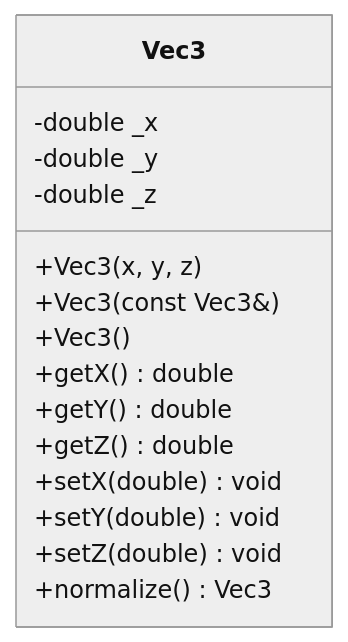
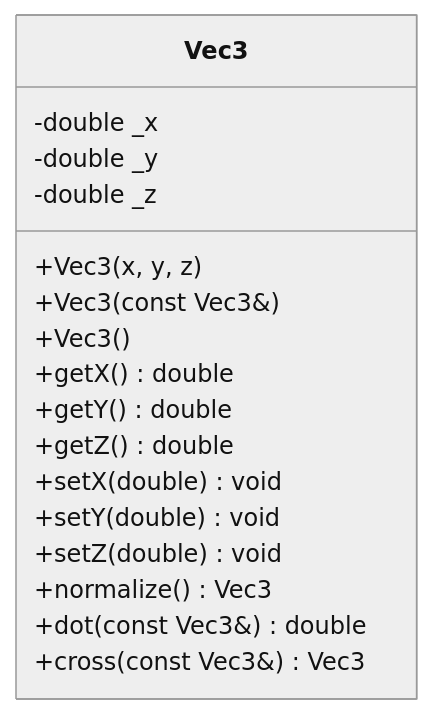
One commit to EtienneDumai/avionics changed the ninth of 10 diagrams in docs/classDiagram.md. Above: the diagram before and after it, drawn with Mermaid (neutral theme). The commit also changed other lines of this file and 4 other files, not shown here.

````diff
--- a/docs/classDiagram.md
+++ b/docs/classDiagram.md
@@ -181,18 +181,20 @@
 ```mermaid
 classDiagram
     class Vec3 {
         -double _x
         -double _y
         -double _z
         +Vec3(x, y, z)
         +Vec3(const Vec3&)
         +Vec3()
         +getX() double
         +getY() double
         +getZ() double
         +setX(double) void
         +setY(double) void
         +setZ(double) void
         +normalize() Vec3
+        +dot(const Vec3&) double
+        +cross(const Vec3&) Vec3
     }
 ```
````
